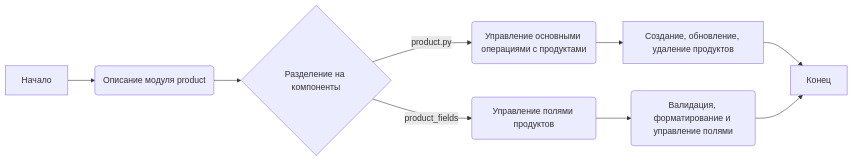
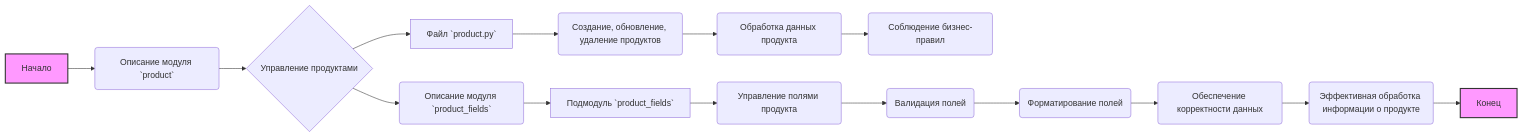
One commit to hypo69/hypo changed the first of 2 diagrams in docs/gemini/ru/explainer/src/product/README.MD.md. Above: the diagram before and after it, drawn with Mermaid. The commit also changed other lines of this file and 3338 other files, not shown here.

````diff
--- a/docs/gemini/ru/explainer/src/product/README.MD.md
+++ b/docs/gemini/ru/explainer/src/product/README.MD.md
@@ -10,12 +7,20 @@
 ```mermaid
 graph LR
-    A[Начало] --> B(Описание модуля product);
-    B --> C{Разделение на компоненты};
-    C -- product.py --> D(Управление основными операциями с продуктами);
-    C -- product_fields --> E(Управление полями продуктов);
-    D --> F[Создание, обновление, удаление продуктов];
-    E --> G(Валидация, форматирование и управление полями);
-    F --> H[Конец];
-    G --> H;
-    H[Конец]
+    A[Начало] --> B(Описание модуля `product`);
+    B --> C{Управление продуктами};
+    C --> D[Файл `product.py`];
+    D --> E(Создание, обновление, удаление продуктов);
+    E --> F(Обработка данных продукта);
+    F --> G(Соблюдение бизнес-правил);
+    C --> H(Описание модуля `product_fields`);
+    H --> I[Подмодуль `product_fields`];
+    I --> J(Управление полями продукта);
+    J --> K(Валидация полей);
+    K --> L(Форматирование полей);
+    L --> M(Обеспечение корректности данных);
+    M --> N(Эффективная обработка информации о продукте);
+    N --> O[Конец];
+
+    style A fill:#f9f,stroke:#333,stroke-width:2px
+    style O fill:#f9f,stroke:#333,stroke-width:2px
 ```
````
